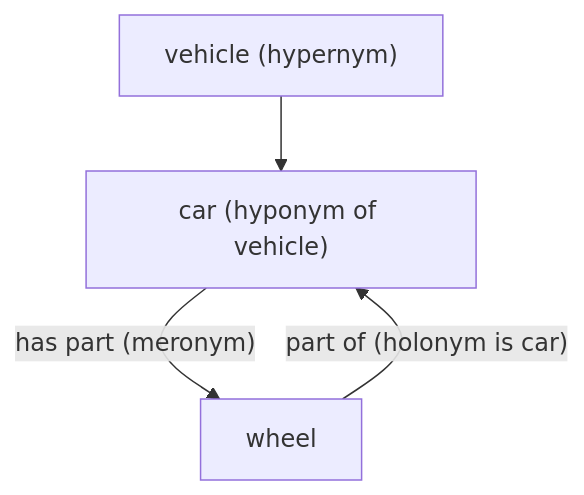
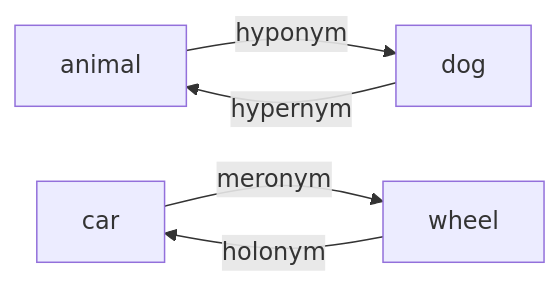
The diagram in content/natural-language-processing/pyq/2023-12-ce/q1d.mdx (TrendySloth1001/sem-seven-notes), drawn with Mermaid before and after one commit. The commit also changed other lines of this file and 406 other files, not shown here.

````diff
--- a/content/natural-language-processing/pyq/2023-12-ce/q1d.mdx
+++ b/content/natural-language-processing/pyq/2023-12-ce/q1d.mdx
@@ -12,7 +15,8 @@
 ```mermaid
-%% caption: Kind-of links go up and down the vertical chain; part-of links go sideways from a whole to its parts.
-flowchart TD
-  V["vehicle (hypernym)"] --> C["car (hyponym of vehicle)"]
-  C -- "has part (meronym)" --> W["wheel"]
-  W -- "part of (holonym is car)" --> C
+%% caption: Hyponymy and hypernymy are about kinds (is-a); meronymy and holonymy are about parts (part-of).
+flowchart LR
+  A["animal"] -->|"hyponym"| B["dog"]
+  B -->|"hypernym"| A
+  C["car"] -->|"meronym"| D["wheel"]
+  D -->|"holonym"| C
 ```
````
